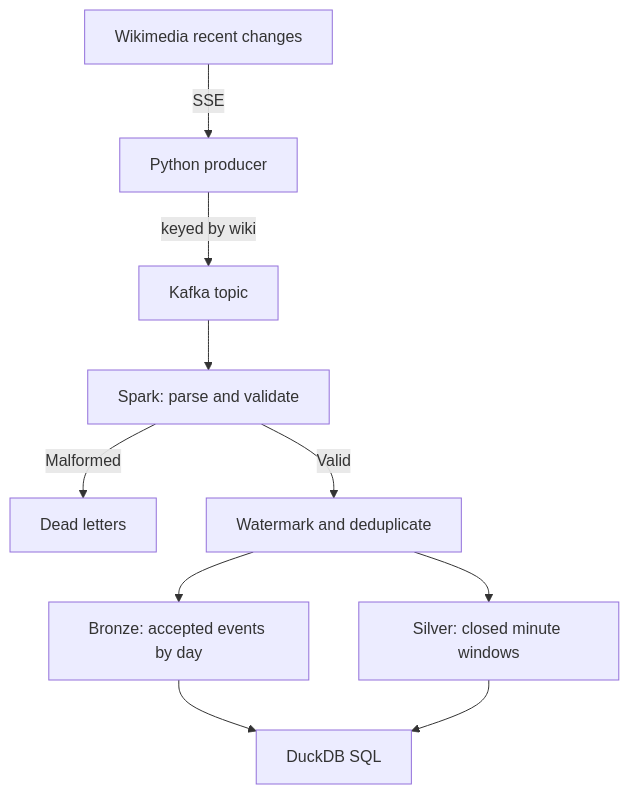
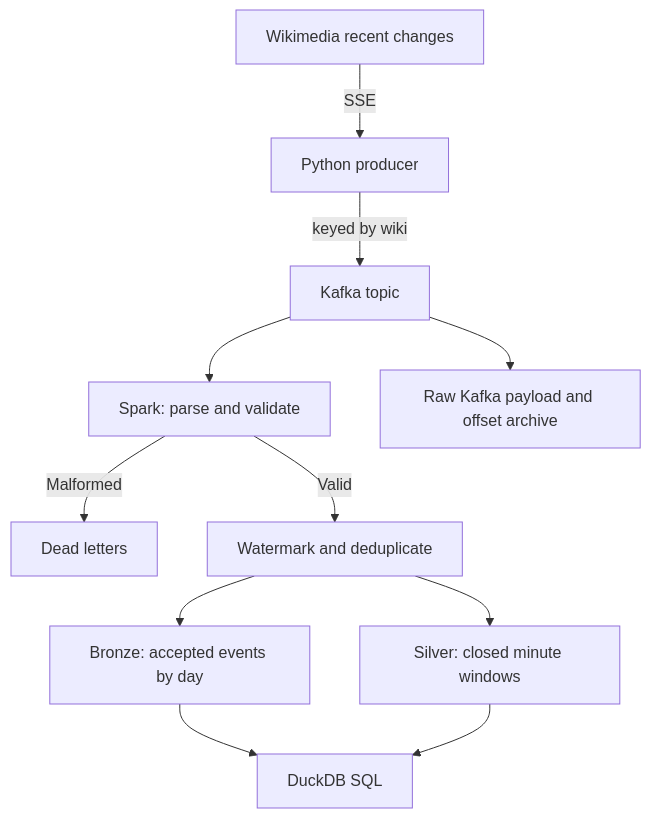
One commit to VasilenData/wiki-stream-lakehouse changed the diagram in README.md. Above: the diagram before and after it, drawn with Mermaid. The commit also changed other lines of this file and 7 other files, not shown here.

````diff
--- a/README.md
+++ b/README.md
@@ -18,12 +19,13 @@
 ```mermaid
 flowchart TD
   A["Wikimedia recent changes"] -->|SSE| B["Python producer"]
   B -->|keyed by wiki| C["Kafka topic"]
   C --> D["Spark: parse and validate"]
+  C --> R["Raw Kafka payload and offset archive"]
   D -->|Malformed| E["Dead letters"]
   D -->|Valid| F["Watermark and deduplicate"]
   F --> G["Bronze: accepted events by day"]
   F --> H["Silver: closed minute windows"]
   G --> I["DuckDB SQL"]
   H --> I
 ```
````
